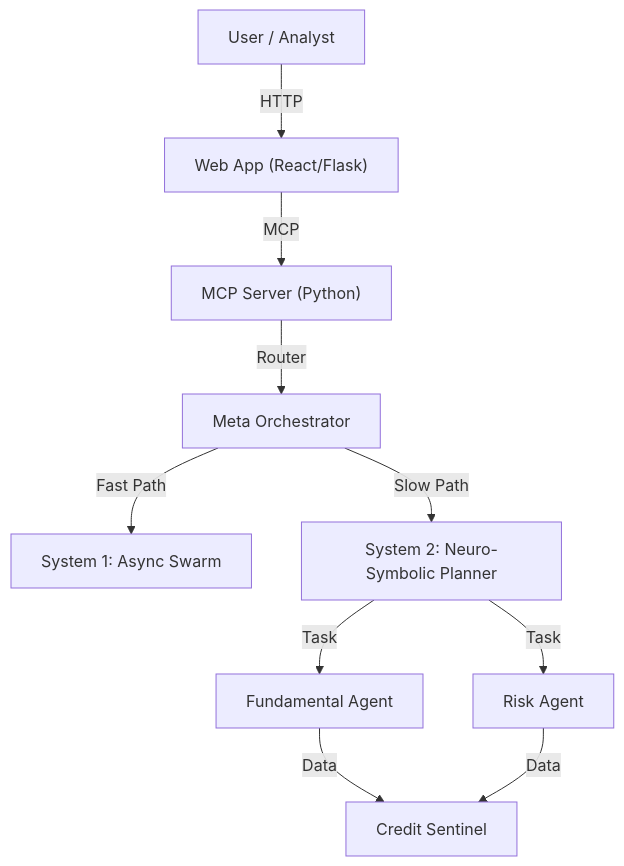
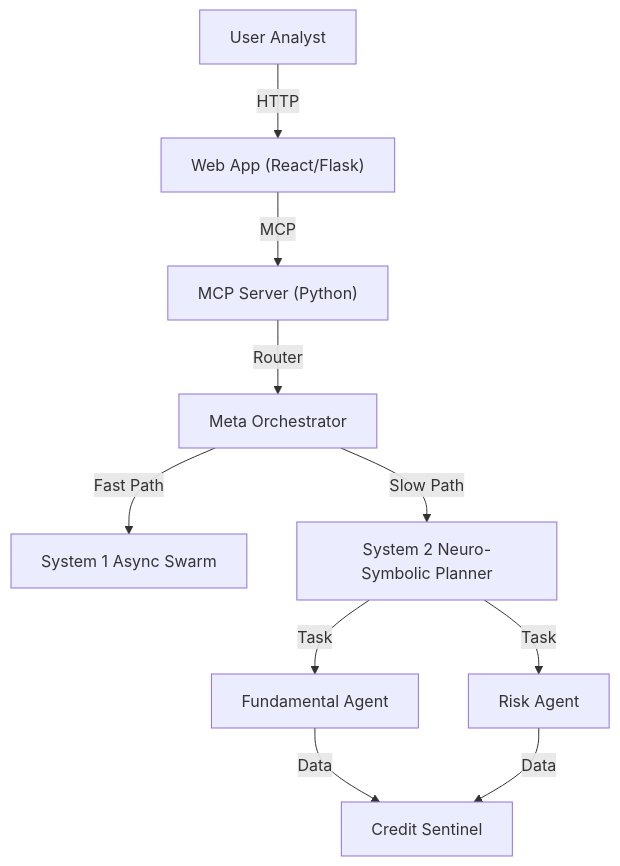
The diagram in README.md (adamvangrover/adam), drawn with Mermaid before and after one commit. The commit also changed 8 other files, not shown here.

````diff
--- a/README.md
+++ b/README.md
@@ -42,12 +42,12 @@
 ```mermaid
 graph TD
-    User["User / Analyst"] -->|HTTP| Web["Web App (React/Flask)"]
+    User["User Analyst"] -->|HTTP| Web["Web App (React/Flask)"]
     Web -->|MCP| Server["MCP Server (Python)"]
     Server -->|Router| Orchestrator["Meta Orchestrator"]
-    Orchestrator -->|Fast Path| Swarm["System 1: Async Swarm"]
-    Orchestrator -->|Slow Path| Planner["System 2: Neuro-Symbolic Planner"]
+    Orchestrator -->|Fast Path| Swarm["System 1 Async Swarm"]
+    Orchestrator -->|Slow Path| Planner["System 2 Neuro-Symbolic Planner"]
     Planner -->|Task| AgentA["Fundamental Agent"]
     Planner -->|Task| AgentB["Risk Agent"]
     AgentA -->|Data| Sentinel["Credit Sentinel"]
     AgentB -->|Data| Sentinel
 ```
````
